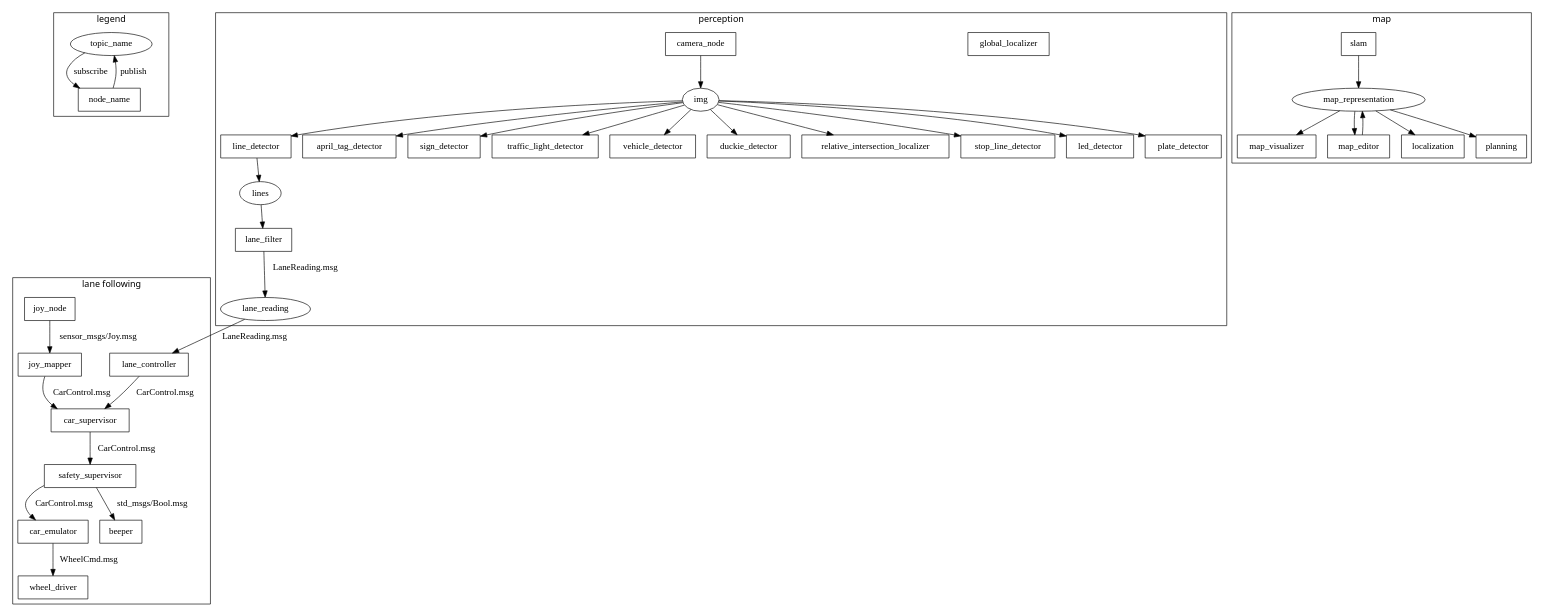
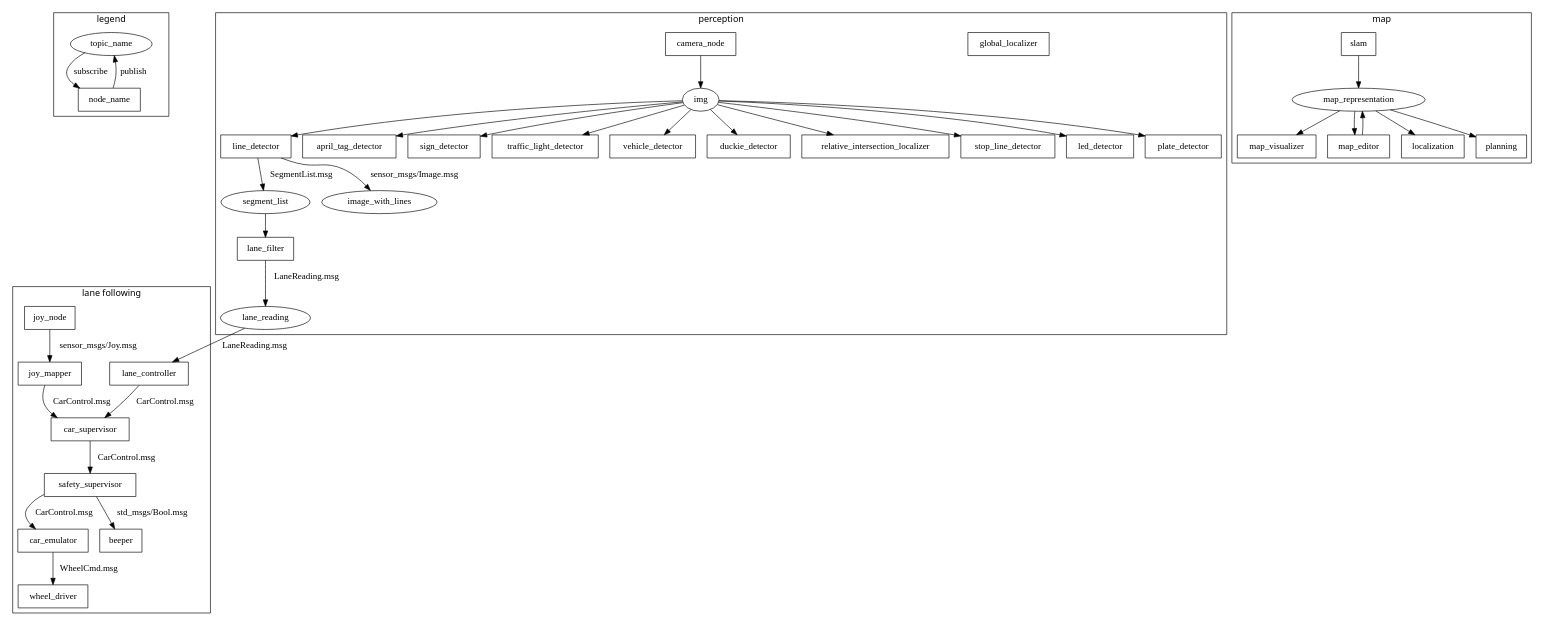
The diagram in ros_diagram/duckietown.dot (kungfrank/Knight_car), drawn with Graphviz before and after one commit. The commit also changed 2 other files, not shown here.

```diff
--- a/ros_diagram/duckietown.dot
+++ b/ros_diagram/duckietown.dot
@@ -1,103 +1,105 @@
 digraph D {
 	fontname="sans";
 	subgraph cluster_legend{
 		label="legend"
 		// ROS Topics
 		topic_name;
 		// ROS Nodes
 		node [shape=box]
 		node_name;
 
 		// Connection
 		node_name -> topic_name [label="publish"];
 		topic_name -> node_name [label="subscribe"];
 	}
 
 	subgraph cluster_perception{
 		label="perception"
 		// TOPIC
 		img;
-		lines;
+		segment_list;
+		image_with_lines;
 		lane_reading; //LaneReading: y, phi, sigma_y, sigma_phi, status
 		// ROS Nodes
 		node [shape=box];
 		lane_filter; //tells you y and phi
 		line_detector;
 		april_tag_detector;
 		sign_detector;
 		traffic_light_detector;
 		vehicle_detector;
 		duckie_detector;
 		relative_intersection_localizer;
 		global_localizer;
 		stop_line_detector;
 		camera_node;
 		led_detector;
 		plate_detector;
 
 		// Connections
 		camera_node->img;
 		
 		img->line_detector;
 		img->april_tag_detector;
 		img->led_detector;
 		img->stop_line_detector;
 		img->relative_intersection_localizer;
 		img->duckie_detector;
 		img->vehicle_detector;
 		img->traffic_light_detector;
 		img->sign_detector;
 		img->plate_detector;
 
-		line_detector->lines;
-		lines->lane_filter;
+		line_detector->segment_list [label="SegmentList.msg"];
+		line_detector->image_with_lines [label="sensor_msgs/Image.msg"]
+		segment_list->lane_filter;
 		lane_filter->lane_reading [label="LaneReading.msg"];
 	}
 
 	subgraph cluster_map{
 		label="map";
 		// TOPICS
 		map_representation;
 		// ROS Nodes
 		node [shape=box];
 		map_visualizer;
 		map_editor;
 		localization;
 		planning;
 		slam;
 
 		slam -> map_representation;
 		map_representation -> map_visualizer;
 		map_editor -> map_representation;
 		map_representation -> map_editor;
 		map_representation -> planning;
 		map_representation -> localization;
 	}
 
 	subgraph cluster_lane_following{
 		label="lane following";
 		// TOPICS
 
 		// ROS Nodes
 		node [shape=box];
 		lane_controller;
 		car_emulator;
 		car_supervisor;
 		joy_node;
 		joy_mapper;
 		wheel_driver;
 		beeper;
 		safety_supervisor;
 		// CONNECTIONS
 		joy_node->joy_mapper [label="sensor_msgs/Joy.msg"];
 		joy_mapper-> car_supervisor [label="CarControl.msg"];
 		lane_reading->lane_controller [label="LaneReading.msg"];
 		lane_controller-> car_supervisor [label="CarControl.msg"];
 		//car_supervisor -> beeper [label="std_msgs/Bool.msg"];
 		//car_supervisor->car_emulator [label="CarControl.msg"];
 		car_supervisor->safety_supervisor [label="CarControl.msg"];
 		safety_supervisor->car_emulator [label="CarControl.msg"];
 		safety_supervisor->beeper [label="std_msgs/Bool.msg"];
 		car_emulator->wheel_driver [label="WheelCmd.msg"];
 	}
 }
```
